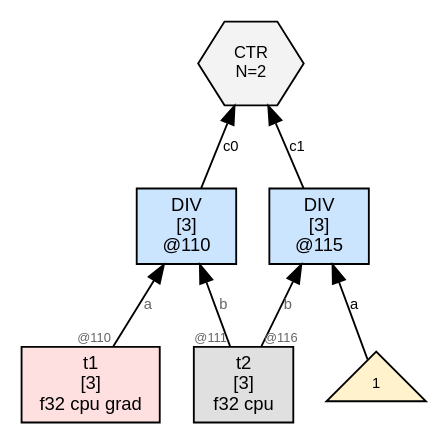
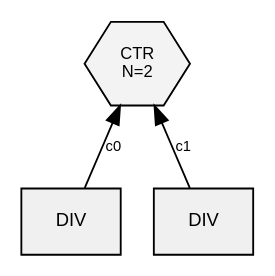
The diagram in wl/examples/thvm_graphs/grad_rules/div/thvm_2_post_sweep.dot (sw1sh/TinyHVM), drawn with Graphviz before and after one commit. The commit also changed 309 other files, not shown here.

First line of the commit message:
grad: GRAD_MODE_PAIR emits CTR{forward, backward}; step trace skips FUSE

```diff
--- a/wl/examples/thvm_graphs/grad_rules/div/thvm_2_post_sweep.dot
+++ b/wl/examples/thvm_graphs/grad_rules/div/thvm_2_post_sweep.dot
@@ -1,18 +1,11 @@
 digraph G {
   rankdir=BT;
   node [fontname="Helvetica", fontsize=10, style=filled, shape=box, margin="0.1,0.05"];
   edge [fontsize=8, fontname="Helvetica"];
 
-  n110 [label="DIV\n[3]\n@110", shape=box, fillcolor="#cce5ff"];
-  t1 [label="t1\n[3]\nf32 cpu grad",shape=box,fillcolor="#ffe0e0"];
-  t1 -> n110 [label="a",taillabel="@110",labelfontsize=7,fontcolor="#666666"];
-  t2 [label="t2\n[3]\nf32 cpu",shape=box,fillcolor="#e0e0e0"];
-  t2 -> n110 [label="b",taillabel="@111",labelfontsize=7,fontcolor="#666666"];
-  n115 [label="DIV\n[3]\n@115", shape=box, fillcolor="#cce5ff"];
-  num115_0 [label="1",shape=triangle,fillcolor="#fff2cc",fontsize=8];
-  num115_0 -> n115 [label="a"];
-  t2 -> n115 [label="b",taillabel="@116",labelfontsize=7,fontcolor="#666666"];
-  ctr107 [label="CTR\nN=2", shape=hexagon, fillcolor="#f3f3f3", fontsize=9];
-  n110 -> ctr107 [label="c0"];
-  n115 -> ctr107 [label="c1"];
+  ctr29 [label="CTR\nN=2", shape=hexagon, fillcolor="#f3f3f3", fontsize=9];
+  n20 [label="DIV", shape=box, fillcolor="#f0f0f0"];
+  n20 -> ctr29 [label="c0"];
+  n23 [label="DIV", shape=box, fillcolor="#f0f0f0"];
+  n23 -> ctr29 [label="c1"];
 }
```
